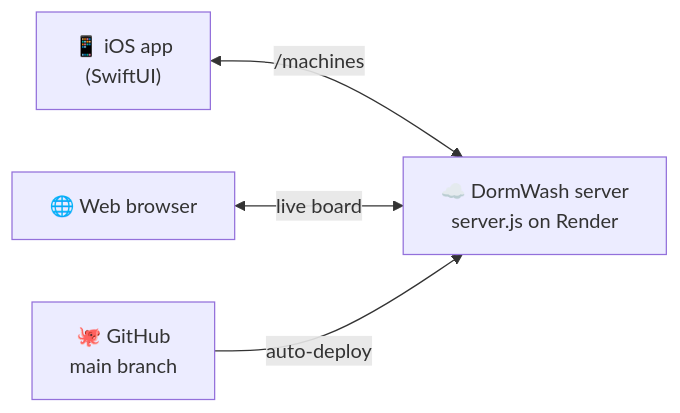
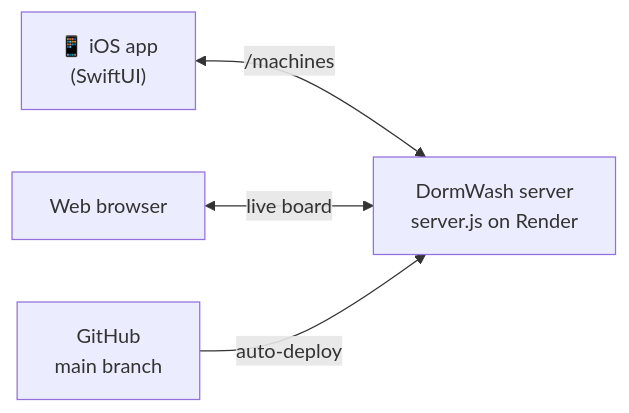
One commit to RyanKeleher/DormWash changed the diagram in README.md. Above: the diagram before and after it, drawn with Mermaid. The commit also changed other lines of this file, not shown here.

````diff
--- a/README.md
+++ b/README.md
@@ -107,6 +107,6 @@
 ```mermaid
 flowchart LR
-    A["📱 iOS app<br/>(SwiftUI)"] <-- "/machines" --> S["☁️ DormWash server<br/>server.js on Render"]
-    B["🌐 Web browser"] <-- "live board" --> S
-    G["🐙 GitHub<br/>main branch"] -- "auto-deploy" --> S
+    A["📱 iOS app<br/>(SwiftUI)"] <-- "/machines" --> S[" DormWash server<br/>server.js on Render"]
+    B[" Web browser"] <-- "live board" --> S
+    G[" GitHub<br/>main branch"] -- "auto-deploy" --> S
 ```
````
